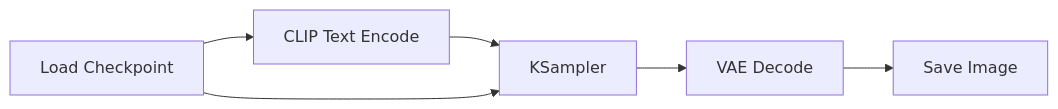
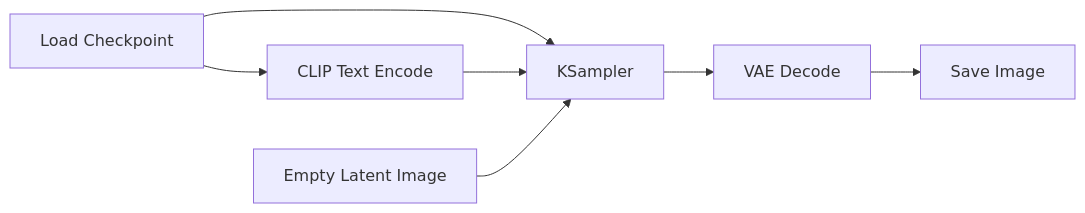
Before and after one commit to WeThinkIn/AIGC-Interview-Book: the diagram in AIGC图像创作&AI绘画基础/08_AIGC图像生成框架基础.md, drawn with Mermaid. The commit also changed other lines of this file, not shown here.

Commit message:
AIGC图像创作&AI绘画基础板块-08_AIGC图像生成框架基础章节-目录架构构建

````diff
--- a/AIGC图像创作&AI绘画基础/08_AIGC图像生成框架基础.md
+++ b/AIGC图像创作&AI绘画基础/08_AIGC图像生成框架基础.md
@@ -87,8 +131,9 @@
 ```mermaid
 graph LR
-    A[Load Checkpoint] --> B[CLIP Text Encode] 
-    B --> C[KSampler]
-    A --> C
-    C --> D[VAE Decode]
-    D --> E[Save Image]
+    A[Load Checkpoint] --> B[CLIP Text Encode]
+    A --> C[KSampler]
+    B --> C
+    D[Empty Latent Image] --> C
+    C --> E[VAE Decode]
+    E --> F[Save Image]
 ```
````
